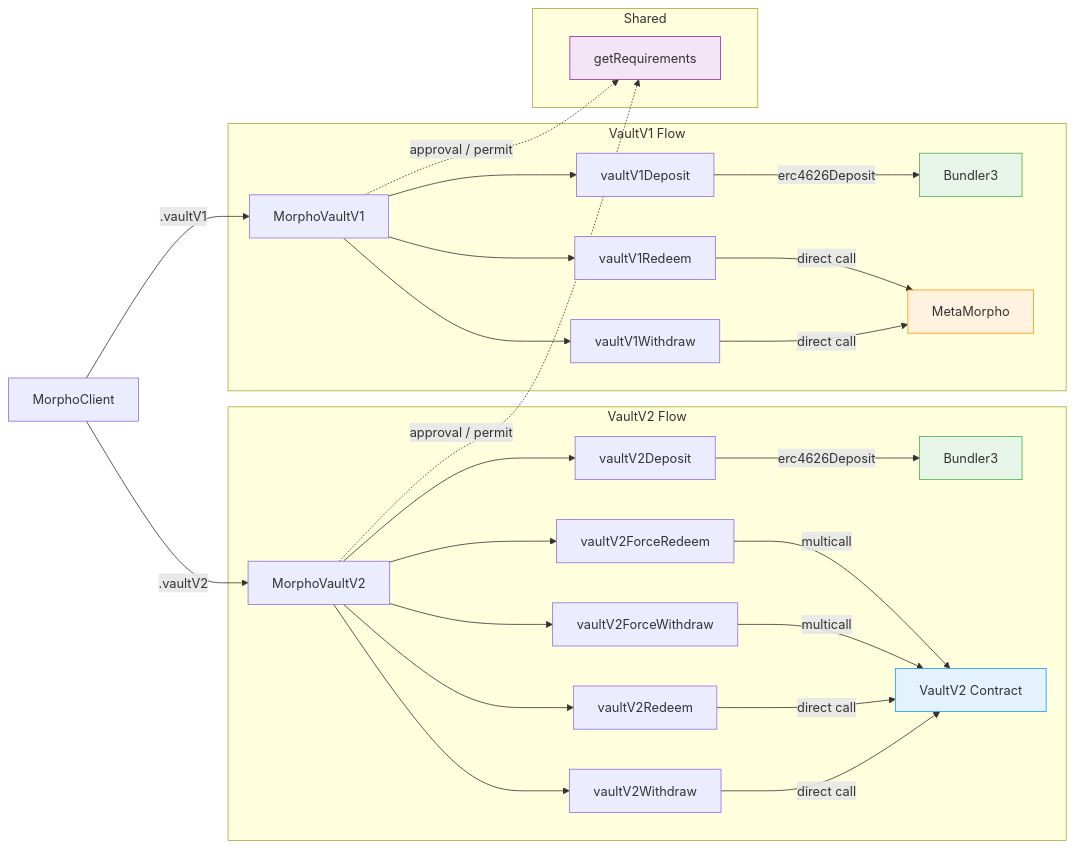
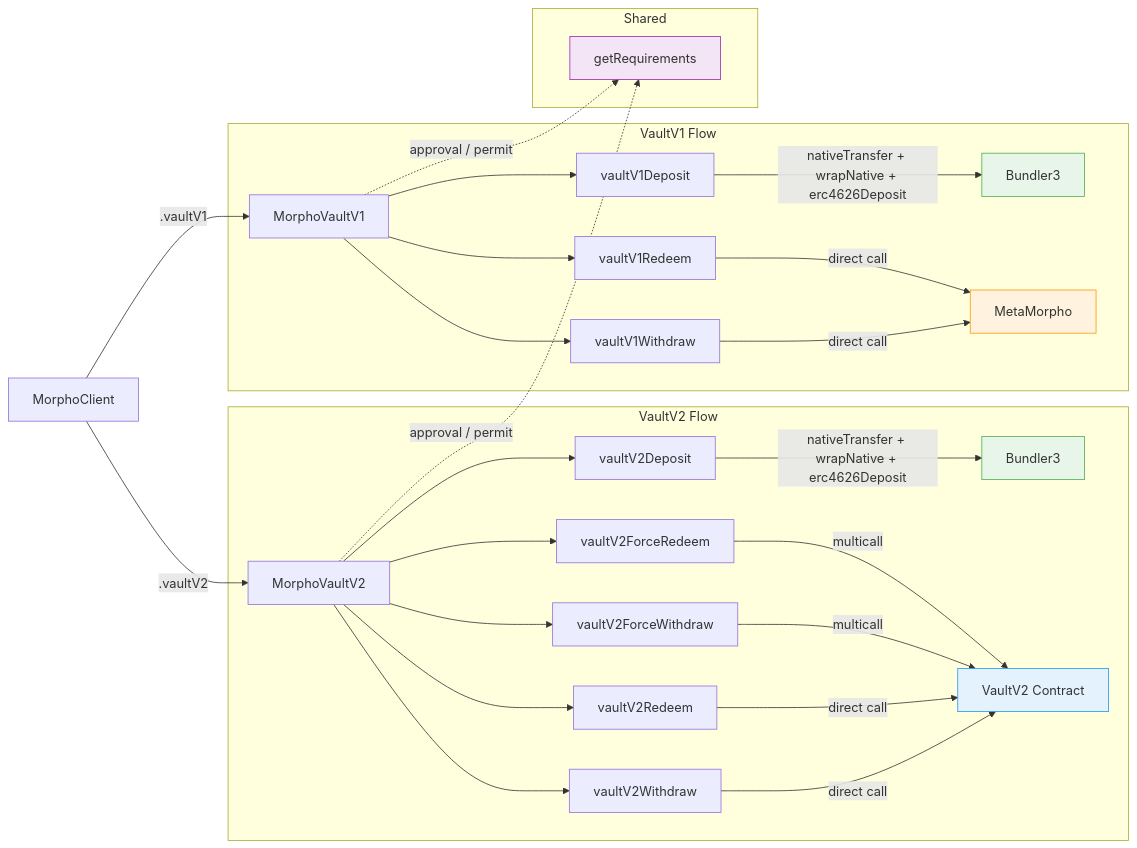
One commit to morpho-org/morpho-sdk changed the diagram in README.md. Above: the diagram before and after it, drawn with Mermaid. The commit also changed other lines of this file and 8 other files, not shown here.

Commit message:
refactor(vault): enhance deposit functionality in VaultV1 and VaultV2 to support native token wrapping and improve validation for deposit parameters

````diff
--- a/README.md
+++ b/README.md
@@ -135,46 +156,46 @@
 ```mermaid
 graph LR
     MC[MorphoClient]
 
     MC -->|.vaultV1| MV1
     MC -->|.vaultV2| MV2
 
     subgraph VaultV1 Flow
         MV1[MorphoVaultV1]
         MV1 --> V1D[vaultV1Deposit]
         MV1 --> V1W[vaultV1Withdraw]
         MV1 --> V1R[vaultV1Redeem]
 
-        V1D -->|erc4626Deposit| B1[Bundler3]
+        V1D -->|nativeTransfer + wrapNative + erc4626Deposit| B1[Bundler3]
         V1W -->|direct call| MM[MetaMorpho]
         V1R -->|direct call| MM
     end
 
     subgraph VaultV2 Flow
         MV2[MorphoVaultV2]
         MV2 --> V2D[vaultV2Deposit]
         MV2 --> V2W[vaultV2Withdraw]
         MV2 --> V2R[vaultV2Redeem]
         MV2 --> V2FW[vaultV2ForceWithdraw]
         MV2 --> V2FR[vaultV2ForceRedeem]
 
-        V2D -->|erc4626Deposit| B2[Bundler3]
+        V2D -->|nativeTransfer + wrapNative + erc4626Deposit| B2[Bundler3]
         V2W -->|direct call| V2C[VaultV2 Contract]
         V2R -->|direct call| V2C
         V2FW -->|multicall| V2C
         V2FR -->|multicall| V2C
     end
 
     subgraph Shared
         REQ[getRequirements]
     end
 
     MV1 -.->|approval / permit| REQ
     MV2 -.->|approval / permit| REQ
 
     style B1 fill:#e8f5e9,stroke:#4caf50
     style B2 fill:#e8f5e9,stroke:#4caf50
     style MM fill:#fff3e0,stroke:#ff9800
     style V2C fill:#e3f2fd,stroke:#2196f3
     style REQ fill:#f3e5f5,stroke:#9c27b0
 ```
````
